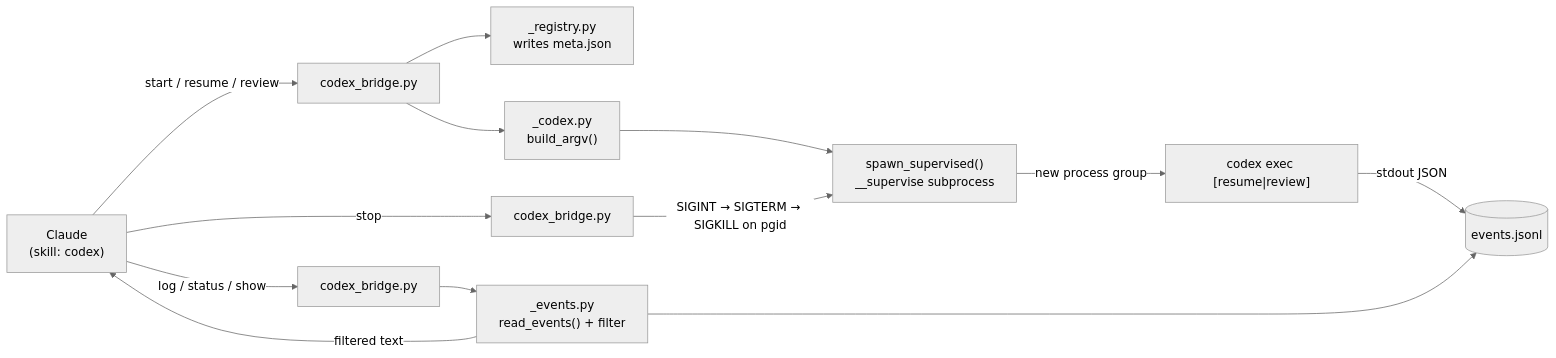
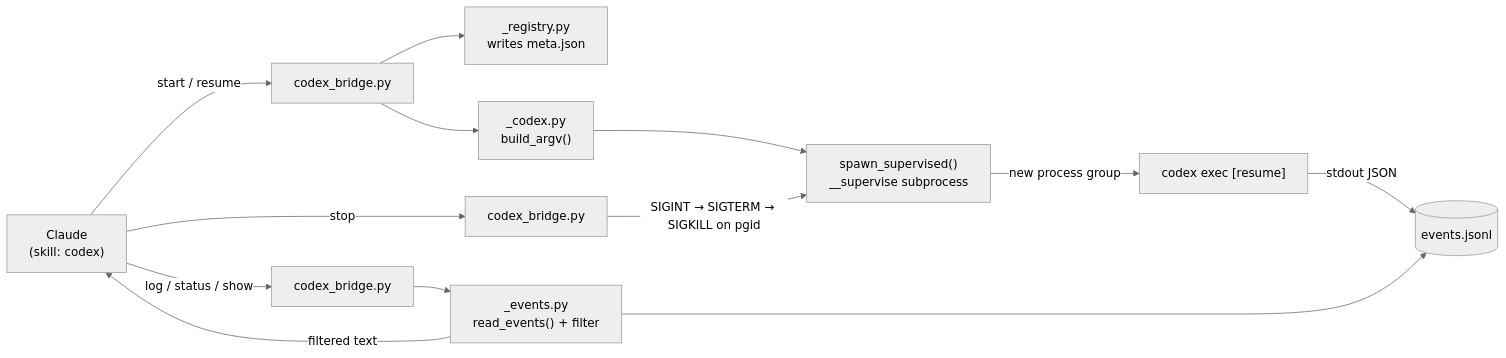
The diagram in docs/wiki/Architecture.md (tjdwls101010/Codex-in-Claude), drawn with Mermaid (neutral theme) before and after one commit. The commit also changed 37 other files, not shown here.

````diff
--- a/docs/wiki/Architecture.md
+++ b/docs/wiki/Architecture.md
@@ -20,15 +20,15 @@
 ```mermaid
 flowchart LR
-    Claude["Claude<br/>(skill: codex)"] -->|start / resume / review| Bridge["codex_bridge.py"]
+    Claude["Claude<br/>(skill: codex)"] -->|start / resume| Bridge["codex_bridge.py"]
     Bridge --> Registry["_registry.py<br/>writes meta.json"]
     Bridge --> Argv["_codex.py<br/>build_argv()"]
     Argv --> Supervisor["spawn_supervised()<br/>__supervise subprocess"]
-    Supervisor -->|new process group| CodexCLI["codex exec [resume|review]"]
+    Supervisor -->|new process group| CodexCLI["codex exec [resume]"]
     CodexCLI -->|stdout JSON| EventsFile[("events.jsonl")]
     Claude -->|log / status / show| Bridge2["codex_bridge.py"]
     Bridge2 --> Reader["_events.py<br/>read_events() + filter"]
     Reader --> EventsFile
     Reader -->|filtered text| Claude
     Claude -->|stop| Bridge3["codex_bridge.py"]
     Bridge3 -->|SIGINT → SIGTERM → SIGKILL on pgid| Supervisor
 ```
````
